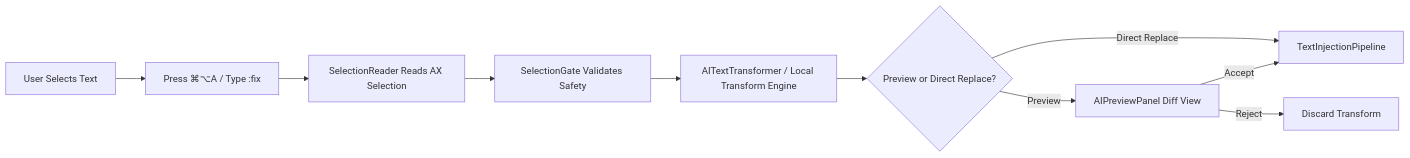
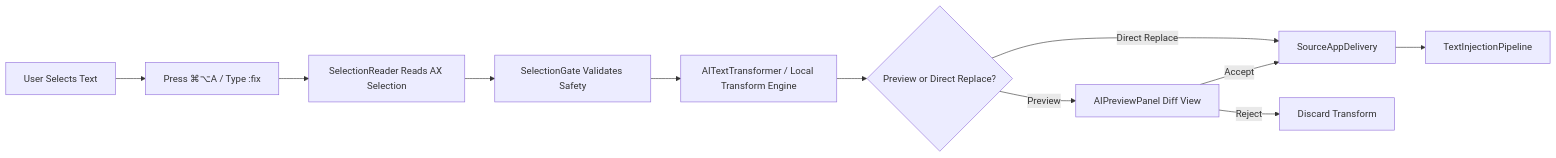
One commit to bharathvbcr/DevType changed the third of 3 diagrams in docs/ARCHITECTURE.md. Above: the diagram before and after it, drawn with Mermaid. The commit also changed other lines of this file and 16 other files, not shown here.

First line of the commit message:
fix: harden selection capture and source app delivery

````diff
--- a/docs/ARCHITECTURE.md
+++ b/docs/ARCHITECTURE.md
@@ -183,12 +187,13 @@
 ```mermaid
 graph LR
     Highlight[User Selects Text] --> Hotkey[Press ⌘⌥A / Type :fix]
     Hotkey --> SelectionReader[SelectionReader Reads AX Selection]
     SelectionReader --> Gate[SelectionGate Validates Safety]
     Gate --> Transformer[AITextTransformer / Local Transform Engine]
     Transformer --> Preview{Preview or Direct Replace?}
-    Preview -- Direct Replace --> Pipeline[TextInjectionPipeline]
+    Preview -- Direct Replace --> Restore[SourceAppDelivery]
     Preview -- Preview --> DiffUI[AIPreviewPanel Diff View]
-    DiffUI -- Accept --> Pipeline
+    DiffUI -- Accept --> Restore
+    Restore --> Pipeline[TextInjectionPipeline]
     DiffUI -- Reject --> Discard[Discard Transform]
 ```
````
